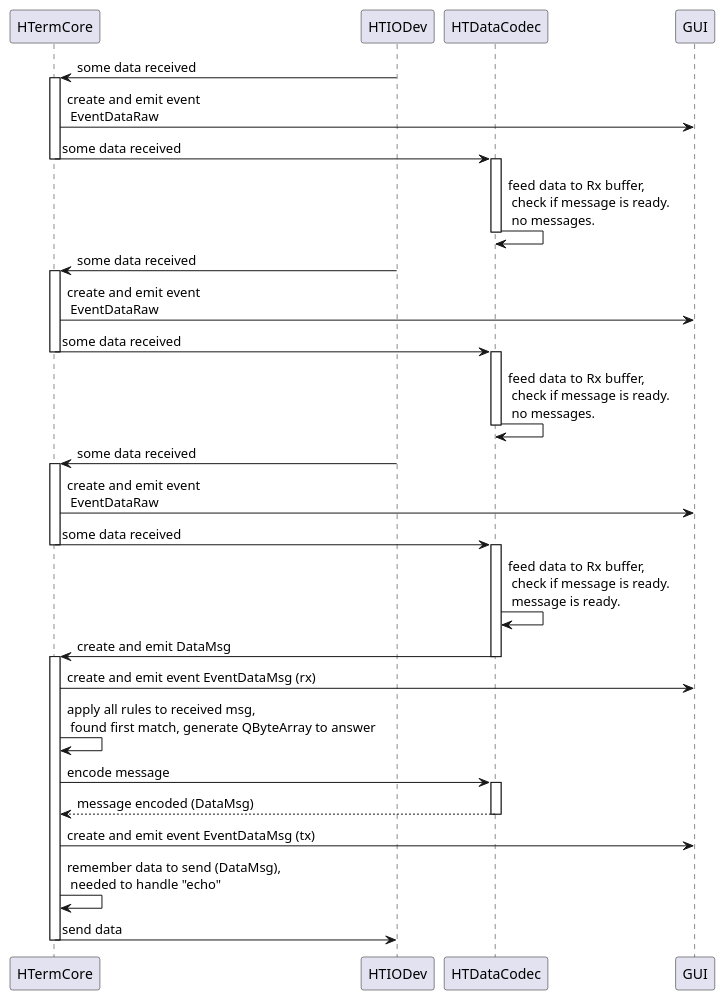
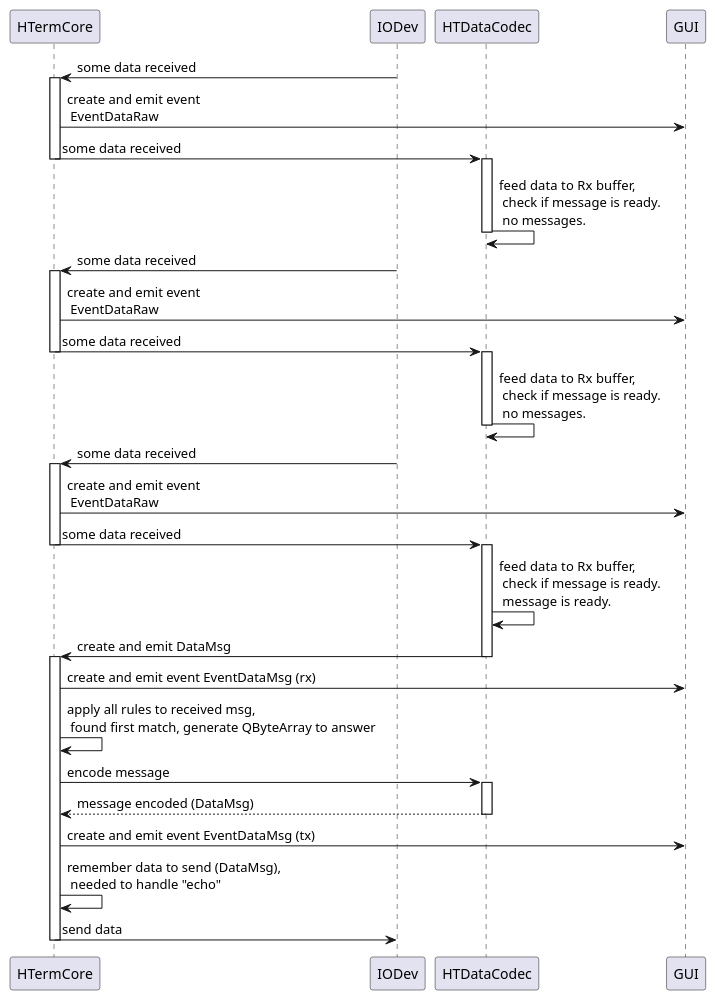
One commit to dimonomid/bterm changed the diagram in stuff/uml/rxtx.pu. Above: the diagram before and after it, drawn with PlantUML. The commit also changed 8 other files, not shown here.

Commit message:
HTIODev -> HTCore::IODev

```diff
--- a/stuff/uml/rxtx.pu
+++ b/stuff/uml/rxtx.pu
@@ -1,54 +1,54 @@
 @startuml
 
 participant HTermCore
-participant HTIODev
+participant IODev
 participant HTDataCodec
 participant GUI
 
-HTIODev -> HTermCore: some data received
+IODev -> HTermCore: some data received
 activate HTermCore
 HTermCore -> GUI: create and emit event \n EventDataRaw
 HTermCore -> HTDataCodec: some data received
 deactivate HTermCore
 activate HTDataCodec
 HTDataCodec -> HTDataCodec: feed data to Rx buffer, \n check if message is ready. \n no messages.
 deactivate HTDataCodec
 
-HTIODev -> HTermCore: some data received
+IODev -> HTermCore: some data received
 activate HTermCore
 HTermCore -> GUI: create and emit event \n EventDataRaw
 HTermCore -> HTDataCodec: some data received
 deactivate HTermCore
 activate HTDataCodec
 HTDataCodec -> HTDataCodec: feed data to Rx buffer, \n check if message is ready. \n no messages.
 deactivate HTDataCodec
 
-HTIODev -> HTermCore: some data received
+IODev -> HTermCore: some data received
 activate HTermCore
 HTermCore -> GUI: create and emit event \n EventDataRaw
 HTermCore -> HTDataCodec: some data received
 deactivate HTermCore
 activate HTDataCodec
 HTDataCodec -> HTDataCodec: feed data to Rx buffer, \n check if message is ready. \n message is ready.
 
 HTDataCodec -> HTermCore: create and emit DataMsg
 deactivate HTDataCodec
 activate HTermCore
 HTermCore -> GUI: create and emit event EventDataMsg (rx)
 
 HTermCore -> HTermCore: apply all rules to received msg, \n found first match, generate QByteArray to answer
 
 HTermCore -> HTDataCodec: encode message
 activate HTDataCodec
 
 HTermCore <-- HTDataCodec: message encoded (DataMsg)
 deactivate HTDataCodec
 
 HTermCore -> GUI: create and emit event EventDataMsg (tx)
 
 HTermCore -> HTermCore: remember data to send (DataMsg), \n needed to handle "echo"
 
-HTermCore -> HTIODev: send data
+HTermCore -> IODev: send data
 deactivate HTermCore
 
 @enduml
```
